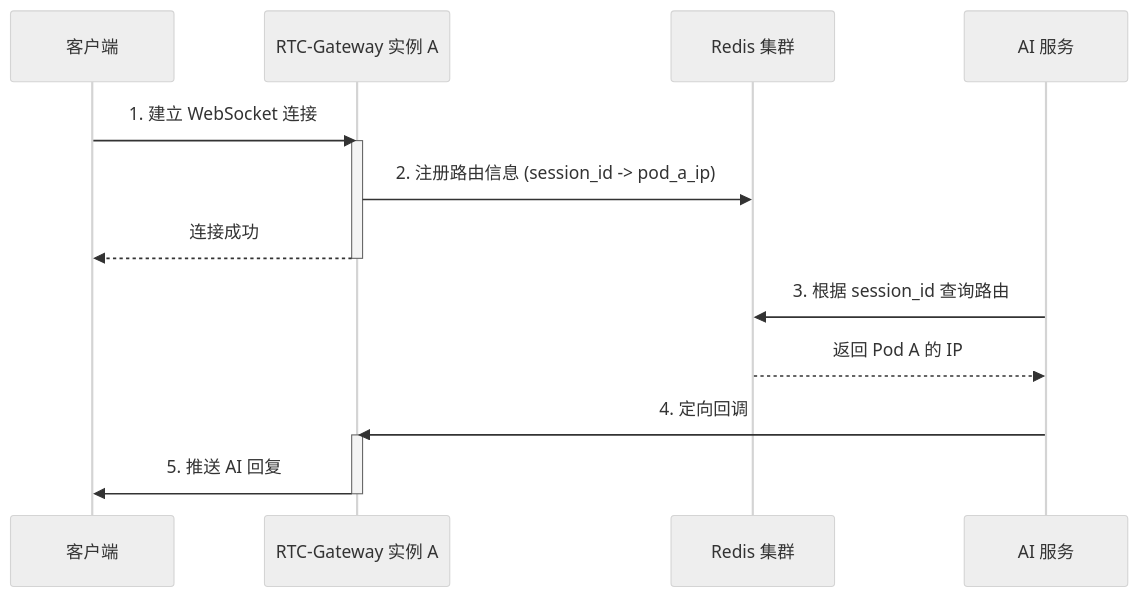
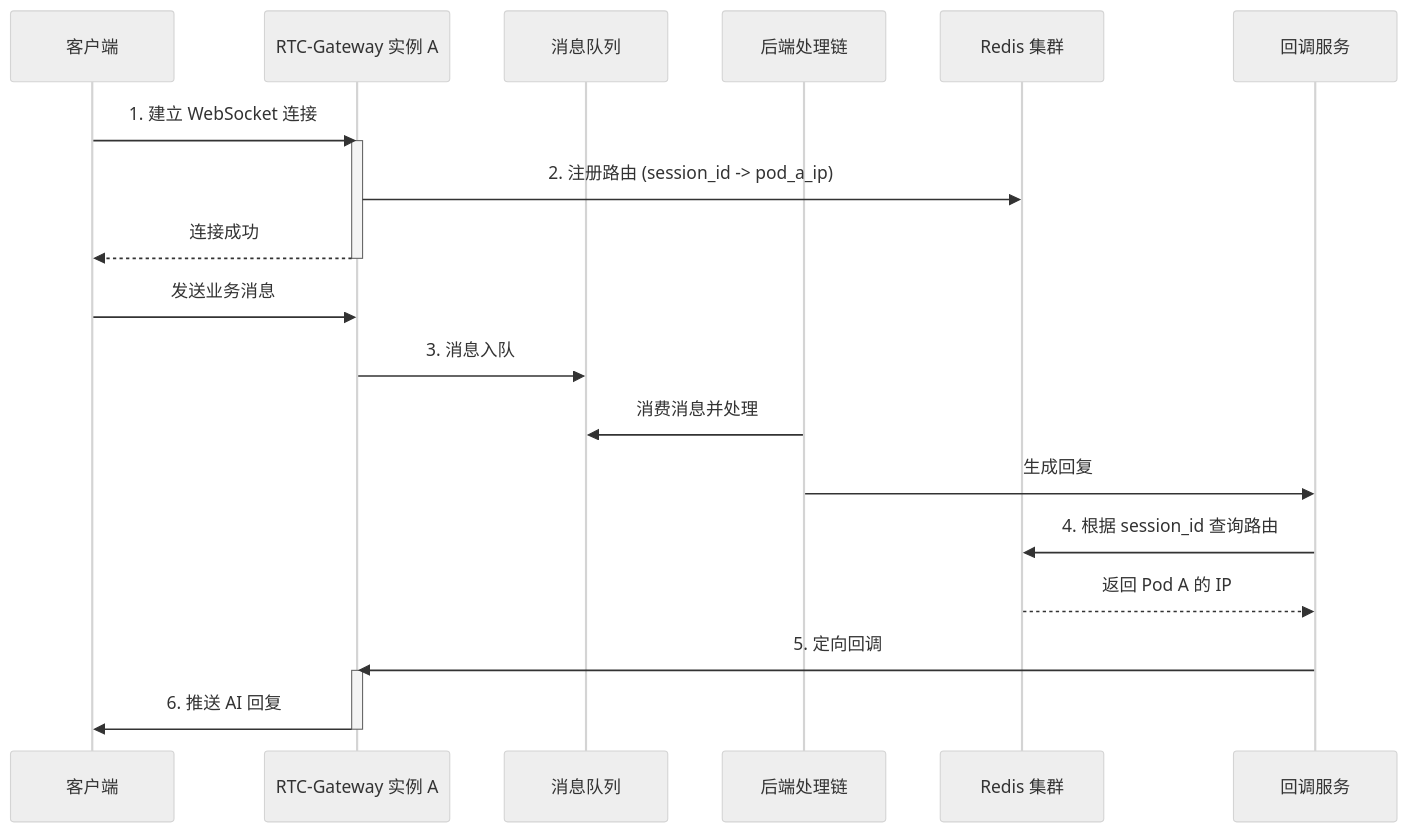
Before and after one commit to iheCoder/code_for_article: the first of 2 diagrams in distributed/架构演进：为“AI语音伴侣”构建永不中断的实时通信网关.md, drawn with Mermaid (neutral theme). The commit also changed other lines of this file, not shown here.

Commit message:
架构演进：为“AI语音伴侣”构建永不中断的实时通信网关 md add more detailed situations

````diff
--- a/distributed/架构演进：为“AI语音伴侣”构建永不中断的实时通信网关.md
+++ b/distributed/架构演进：为“AI语音伴侣”构建永不中断的实时通信网关.md
@@ -25,21 +27,29 @@
 ```mermaid
 sequenceDiagram
     participant Client as 客户端
     participant PodA as RTC-Gateway 实例 A
+    participant MQ as 消息队列
+    participant Backend as 后端处理链
     participant Redis as Redis 集群
-    participant AIService as AI 服务
+    participant CallbackSvc as 回调服务
 
     Client->>PodA: 1. 建立 WebSocket 连接
     activate PodA
-    PodA->>Redis: 2. 注册路由信息 (session_id -> pod_a_ip)
+    PodA->>Redis: 2. 注册路由 (session_id -> pod_a_ip)
     PodA-->>Client: 连接成功
     deactivate PodA
 
-    AIService->>Redis: 3. 根据 session_id 查询路由
-    Redis-->>AIService: 返回 Pod A 的 IP
-    
-    AIService->>PodA: 4. 定向回调
+    Client->>PodA: 发送业务消息
+    PodA->>MQ: 3. 消息入队
+
+    Backend->>MQ: 消费消息并处理
+    Backend->>CallbackSvc: 生成回复
+
+    CallbackSvc->>Redis: 4. 根据 session_id 查询路由
+    Redis-->>CallbackSvc: 返回 Pod A 的 IP
+
+    CallbackSvc->>PodA: 5. 定向回调
     activate PodA
-    PodA->>Client: 5. 推送 AI 回复
+    PodA->>Client: 6. 推送 AI 回复
     deactivate PodA
 ```
````
